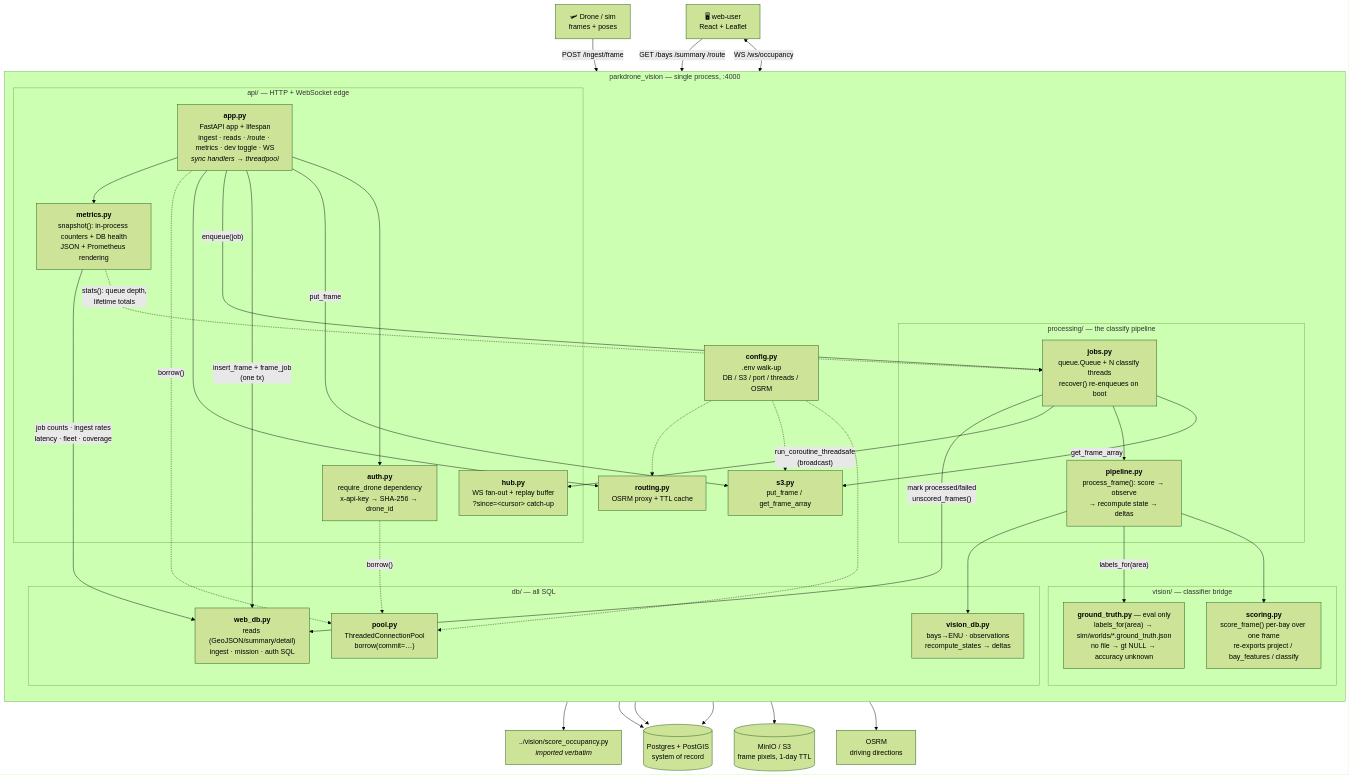
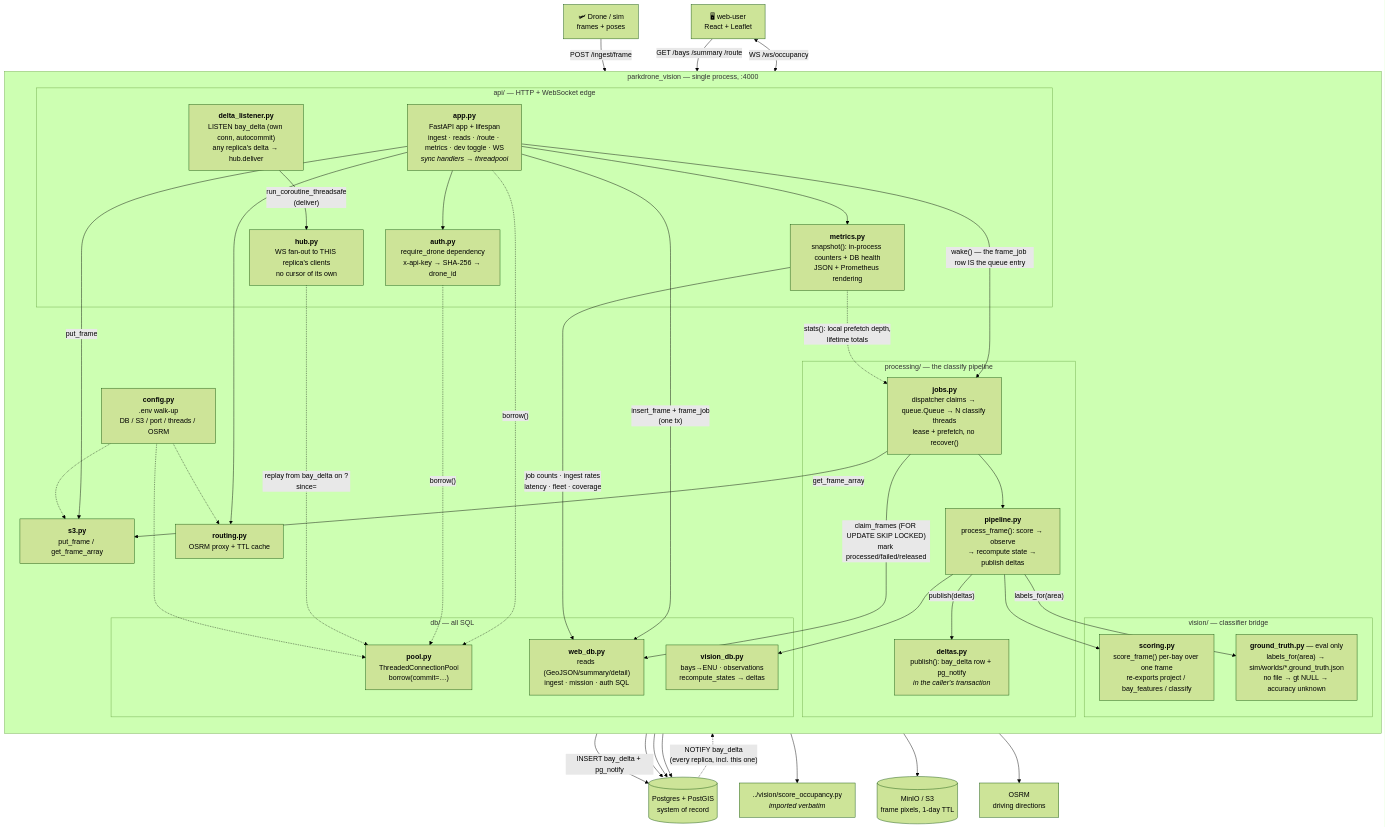
The diagram in docs/server_modules.md (l-pavlova/drone_project), drawn with Mermaid (forest theme) before and after one commit. The commit also changed other lines of this file and 25 other files, not shown here.

````diff
--- a/docs/server_modules.md
+++ b/docs/server_modules.md
@@ -14,76 +14,82 @@
 ```mermaid
 flowchart TB
     drone["🛩 Drone / sim<br/>frames + poses"]
     browser["🖥 web-user<br/>React + Leaflet"]
 
     subgraph proc["parkdrone_vision — single process, :4000"]
         direction TB
 
         subgraph api["api/ — HTTP + WebSocket edge"]
             app["<b>app.py</b><br/>FastAPI app + lifespan<br/>ingest · reads · /route · metrics · dev toggle · WS<br/><i>sync handlers → threadpool</i>"]
             auth["<b>auth.py</b><br/>require_drone dependency<br/>x-api-key → SHA-256 → drone_id"]
-            hub["<b>hub.py</b><br/>WS fan-out + replay buffer<br/>?since=&lt;cursor&gt; catch-up"]
+            hub["<b>hub.py</b><br/>WS fan-out to THIS replica's clients<br/>no cursor of its own"]
+            dlist["<b>delta_listener.py</b><br/>LISTEN bay_delta (own conn, autocommit)<br/>any replica's delta → hub.deliver"]
             met["<b>metrics.py</b><br/>snapshot(): in-process counters + DB health<br/>JSON + Prometheus rendering"]
         end
 
         subgraph processing["processing/ — the classify pipeline"]
-            jobs["<b>jobs.py</b><br/>queue.Queue + N classify threads<br/>recover() re-enqueues on boot"]
-            pipeline["<b>pipeline.py</b><br/>process_frame(): score → observe<br/>→ recompute state → deltas"]
+            jobs["<b>jobs.py</b><br/>dispatcher claims → queue.Queue → N classify threads<br/>lease + prefetch, no recover()"]
+            pipeline["<b>pipeline.py</b><br/>process_frame(): score → observe<br/>→ recompute state → publish deltas"]
+            deltas["<b>deltas.py</b><br/>publish(): bay_delta row + pg_notify<br/><i>in the caller's transaction</i>"]
         end
 
         subgraph vision["vision/ — classifier bridge"]
             scoring["<b>scoring.py</b><br/>score_frame() per-bay over one frame<br/>re-exports project / bay_features / classify"]
             gt["<b>ground_truth.py</b> — eval only<br/>labels_for(area) → sim/worlds/*.ground_truth.json<br/>no file → gt NULL → accuracy unknown"]
         end
 
         subgraph dbp["db/ — all SQL"]
             pool["<b>pool.py</b><br/>ThreadedConnectionPool<br/>borrow(commit=…)"]
             webdb["<b>web_db.py</b><br/>reads (GeoJSON/summary/detail)<br/>ingest · mission · auth SQL"]
             visdb["<b>vision_db.py</b><br/>bays→ENU · observations<br/>recompute_states → deltas"]
         end
 
         config["<b>config.py</b><br/>.env walk-up<br/>DB / S3 / port / threads / OSRM"]
         s3m["<b>s3.py</b><br/>put_frame / get_frame_array"]
         routing["<b>routing.py</b><br/>OSRM proxy + TTL cache"]
     end
 
     pg[("Postgres + PostGIS<br/>system of record")]
     minio[("MinIO / S3<br/>frame pixels, 1-day TTL")]
     osrm["OSRM<br/>driving directions"]
     so["../vision/score_occupancy.py<br/><i>imported verbatim</i>"]
 
     drone -->|"POST /ingest/frame"| app
     browser -->|"GET /bays /summary /route"| app
     browser <-->|"WS /ws/occupancy"| hub
 
     app --> auth
     app -->|"put_frame"| s3m
     app -->|"insert_frame + frame_job<br/>(one tx)"| webdb
-    app -->|"enqueue(job)"| jobs
+    app -->|"wake() — the frame_job row IS the queue entry"| jobs
     app --> routing
     app -.->|"borrow()"| pool
     auth -.->|"borrow()"| pool
 
     jobs -->|"get_frame_array"| s3m
     jobs --> pipeline
-    jobs -->|"run_coroutine_threadsafe<br/>(broadcast)"| hub
-    jobs -->|"mark processed/failed<br/>unscored_frames()"| webdb
+    jobs -->|"claim_frames (FOR UPDATE SKIP LOCKED)<br/>mark processed/failed/released"| webdb
     pipeline --> scoring
     pipeline -->|"labels_for(area)"| gt
     pipeline --> visdb
+    pipeline -->|"publish(deltas)"| deltas
+    deltas -->|"INSERT bay_delta + pg_notify"| pg
+    pg -.->|"NOTIFY bay_delta<br/>(every replica, incl. this one)"| dlist
+    dlist -->|"run_coroutine_threadsafe<br/>(deliver)"| hub
+    hub -.->|"replay from bay_delta on ?since="| pool
     scoring --> so
 
     webdb --> pg
     visdb --> pg
     pool --> pg
     s3m --> minio
     routing --> osrm
 
     config -.-> pool
     config -.-> s3m
     config -.-> routing
 
     app --> met
-    met -.->|"stats(): queue depth,<br/>lifetime totals"| jobs
+    met -.->|"stats(): local prefetch depth,<br/>lifetime totals"| jobs
     met -->|"job counts · ingest rates<br/>latency · fleet · coverage"| webdb
 ```
````
